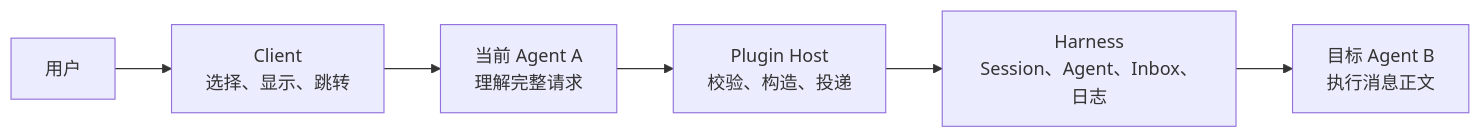
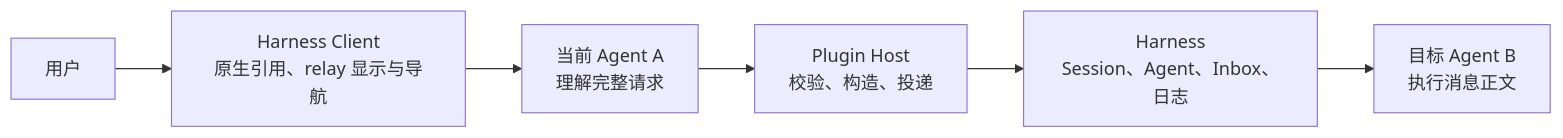
One commit to GengDaPeng/dsh-agent-message changed the first of 2 diagrams in docs/architecture-v2.md. Above: the diagram before and after it, drawn with Mermaid. The commit also changed other lines of this file and 9 other files, not shown here.

````diff
--- a/docs/architecture-v2.md
+++ b/docs/architecture-v2.md
@@ -86,8 +86,8 @@
 ```mermaid
 flowchart LR
-  U["用户"] --> C["Client<br/>选择、显示、跳转"]
+  U["用户"] --> C["Harness Client<br/>原生引用、relay 显示与导航"]
   C --> A["当前 Agent A<br/>理解完整请求"]
   A --> P["Plugin Host<br/>校验、构造、投递"]
   P --> H["Harness<br/>Session、Agent、Inbox、日志"]
   H --> B["目标 Agent B<br/>执行消息正文"]
 ```
````
